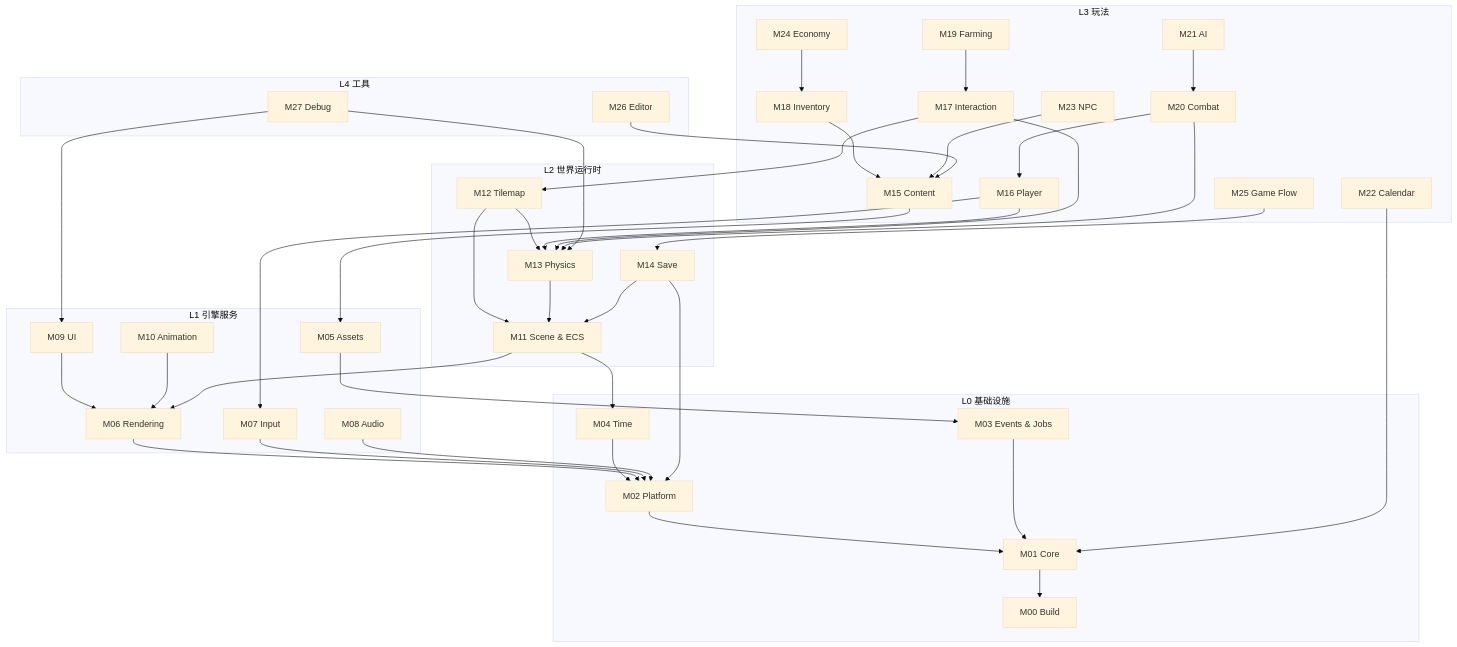
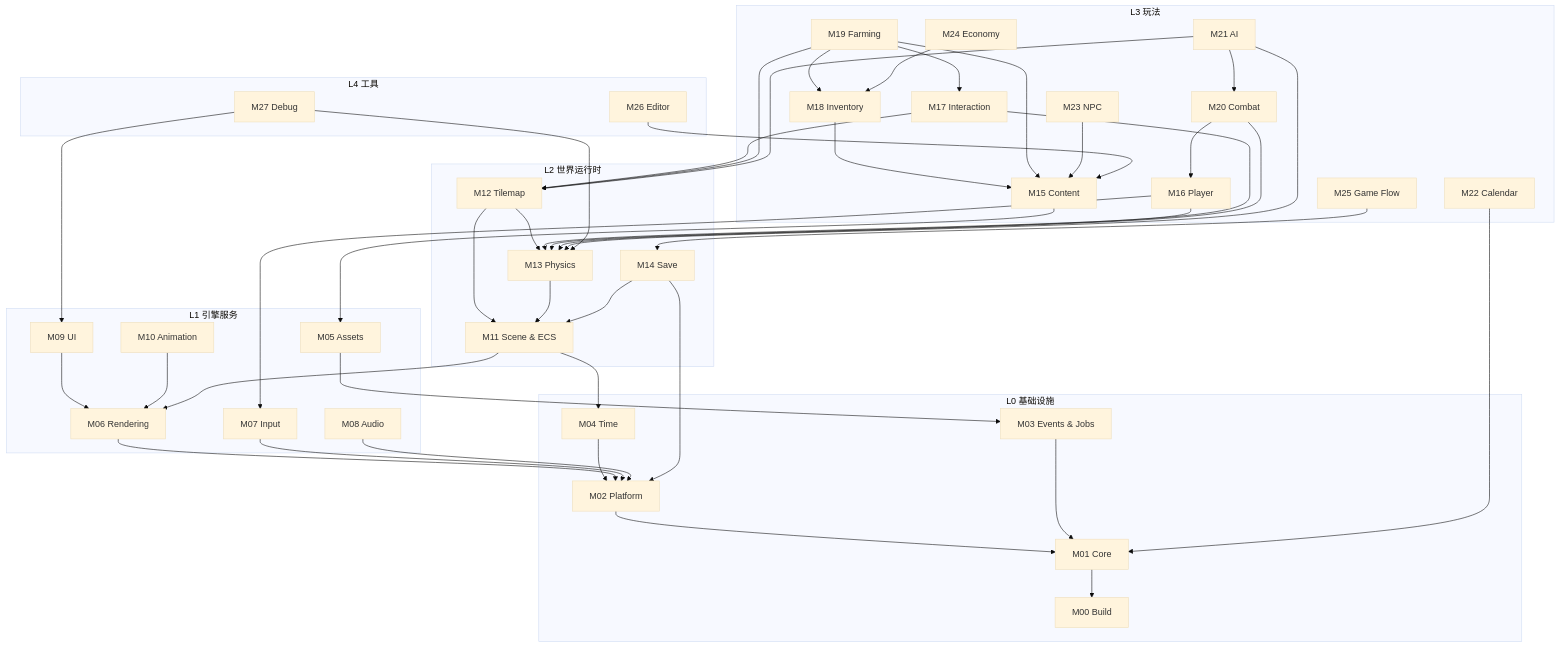
Before and after one commit to Narciostyx/Florian-s-Adventure: the diagram in docs/architecture/module-map.md, drawn with Mermaid (base theme). The commit also changed other lines of this file and 29 other files, not shown here.

````diff
--- a/docs/architecture/module-map.md
+++ b/docs/architecture/module-map.md
@@ -40,75 +40,80 @@
 ```mermaid
 flowchart TB
   subgraph L0[L0 基础设施]
     M00[M00 Build]
     M01[M01 Core]
     M02[M02 Platform]
     M03[M03 Events & Jobs]
     M04[M04 Time]
   end
   subgraph L1[L1 引擎服务]
     M05[M05 Assets]
     M06[M06 Rendering]
     M07[M07 Input]
     M08[M08 Audio]
     M09[M09 UI]
     M10[M10 Animation]
   end
   subgraph L2[L2 世界运行时]
     M11[M11 Scene & ECS]
     M12[M12 Tilemap]
     M13[M13 Physics]
     M14[M14 Save]
   end
   subgraph L3[L3 玩法]
     M15[M15 Content]
     M16[M16 Player]
     M17[M17 Interaction]
     M18[M18 Inventory]
     M19[M19 Farming]
     M20[M20 Combat]
     M21[M21 AI]
     M22[M22 Calendar]
     M23[M23 NPC]
     M24[M24 Economy]
     M25[M25 Game Flow]
   end
   subgraph L4[L4 工具]
     M26[M26 Editor]
     M27[M27 Debug]
   end
   M01 --> M00
   M02 --> M01
   M03 --> M01
   M04 --> M02
   M05 --> M03
   M06 --> M02
   M07 --> M02
   M08 --> M02
   M09 --> M06
   M10 --> M06
   M11 --> M04
   M11 --> M06
   M12 --> M11
   M12 --> M13
   M13 --> M11
   M14 --> M02
   M14 --> M11
   M15 --> M05
   M16 --> M07
   M16 --> M13
   M17 --> M12
   M17 --> M13
   M18 --> M15
+  M19 --> M12
+  M19 --> M15
   M19 --> M17
+  M19 --> M18
   M20 --> M13
   M20 --> M16
+  M21 --> M12
+  M21 --> M13
   M21 --> M20
   M22 --> M01
   M23 --> M15
   M24 --> M18
   M25 --> M14
   M26 --> M15
  M27 --> M09
  M27 --> M13
 ```
````
